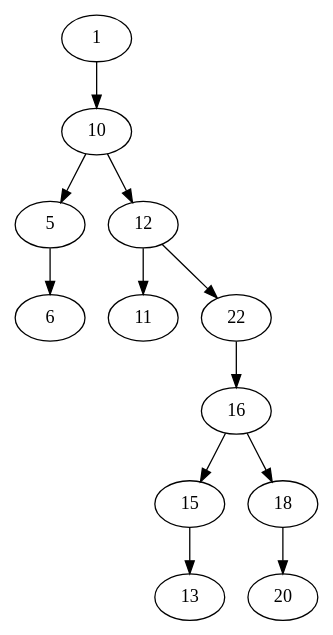
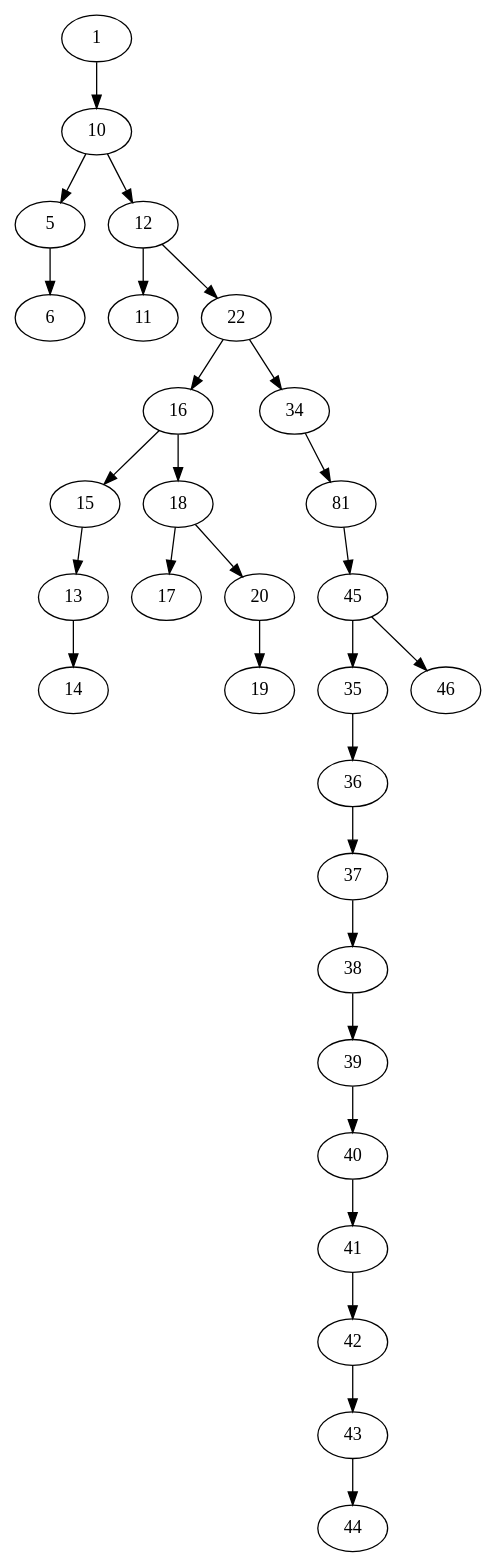
The diagram in lab_06_04/out/BST.gv (xanderkov/TASD), drawn with Graphviz before and after one commit. The commit also changed 3 other files, not shown here.

```diff
--- a/lab_06_04/out/BST.gv
+++ b/lab_06_04/out/BST.gv
@@ -1,13 +1,30 @@
 digraph BST {
 1 -> 10;
 10 -> 5;
 10 -> 12;
 5 -> 6;
 12 -> 11;
 12 -> 22;
 22 -> 16;
+22 -> 34;
 16 -> 15;
 16 -> 18;
 15 -> 13;
+13 -> 14;
+18 -> 17;
 18 -> 20;
+20 -> 19;
+34 -> 81;
+81 -> 45;
+45 -> 35;
+45 -> 46;
+35 -> 36;
+36 -> 37;
+37 -> 38;
+38 -> 39;
+39 -> 40;
+40 -> 41;
+41 -> 42;
+42 -> 43;
+43 -> 44;
 }
```
